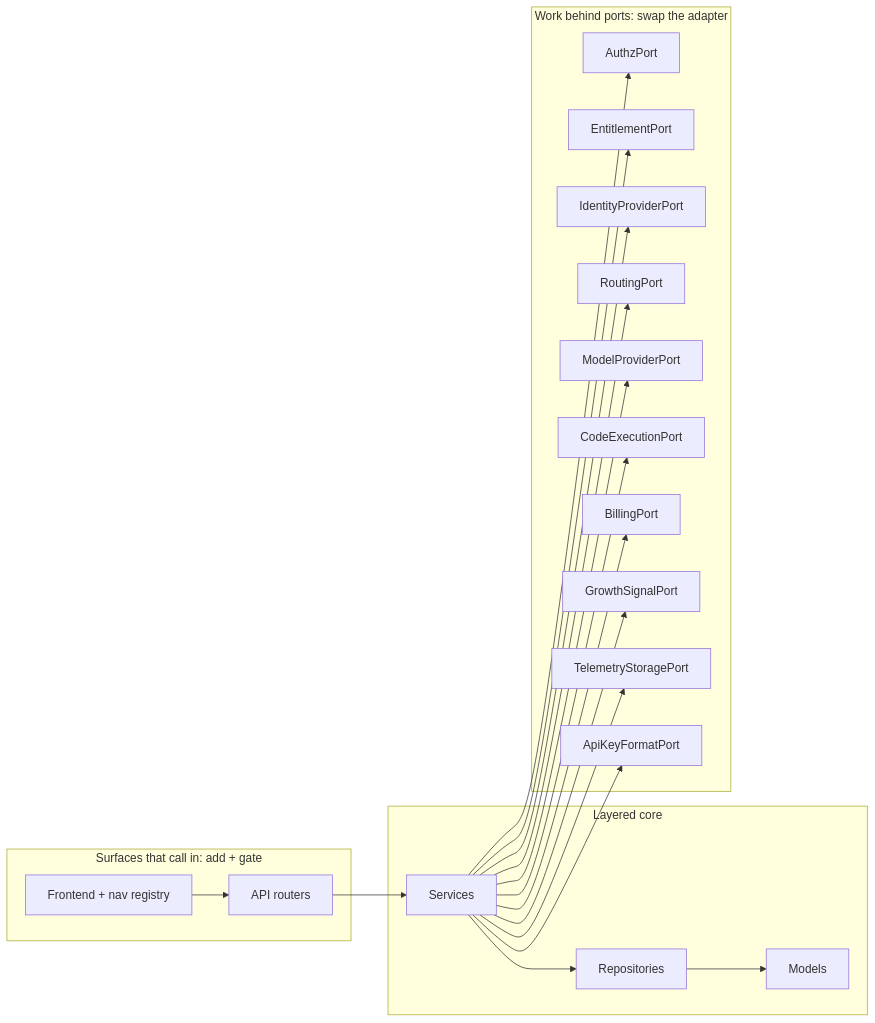
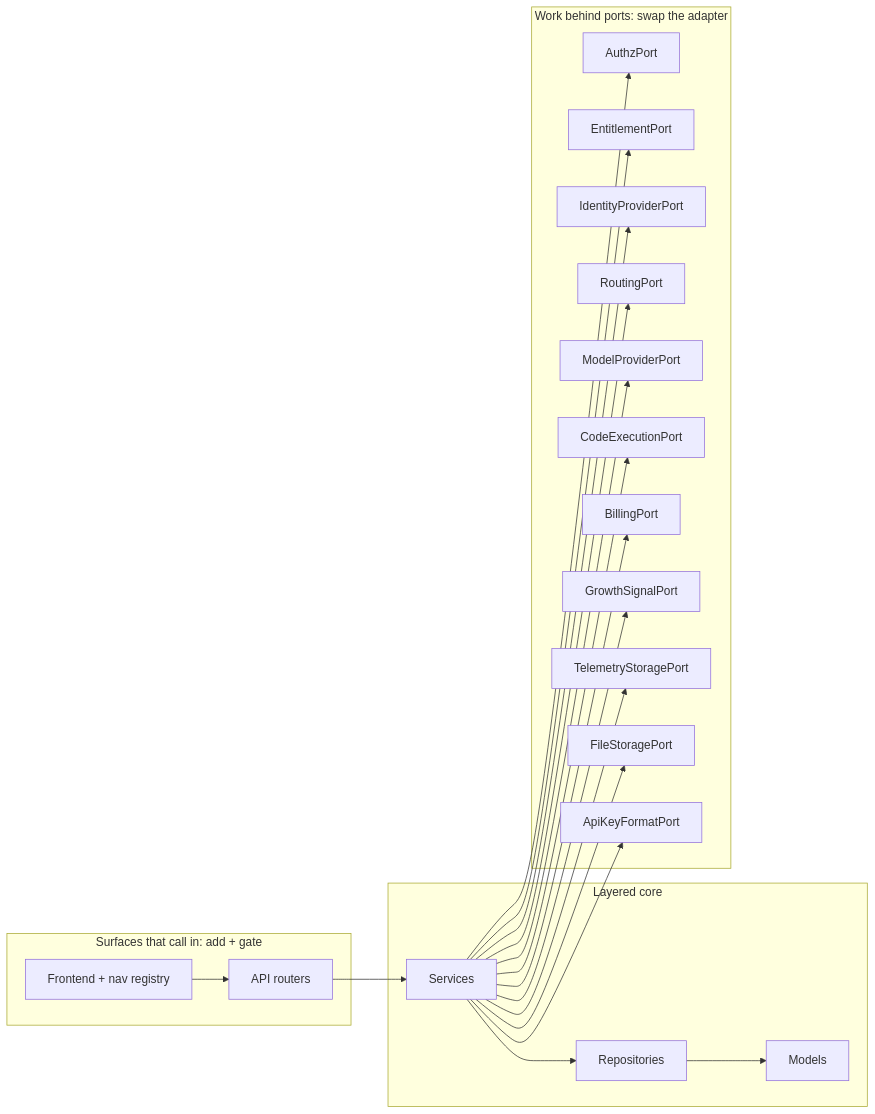
One commit to AloysJehwin/otari changed the second of 2 diagrams in ARCHITECTURE.md. Above: the diagram before and after it, drawn with Mermaid. The commit also changed other lines of this file and 24 other files, not shown here.

First line of the commit message:
refactor(files): put file storage behind a port (#1565)

````diff
--- a/ARCHITECTURE.md
+++ b/ARCHITECTURE.md
@@ -91,35 +92,37 @@
 ```mermaid
 flowchart LR
     subgraph driving["Surfaces that call in: add + gate"]
         UI["Frontend + nav registry"]
         API["API routers"]
     end
     subgraph core["Layered core"]
         SVC[Services]
         REPO[Repositories]
         MOD[Models]
     end
     subgraph driven["Work behind ports: swap the adapter"]
         AP[AuthzPort]
         EP[EntitlementPort]
         IP[IdentityProviderPort]
         RP[RoutingPort]
         MP[ModelProviderPort]
         CP[CodeExecutionPort]
         BP[BillingPort]
         GP[GrowthSignalPort]
         TP[TelemetryStoragePort]
+        FP[FileStoragePort]
         KP[ApiKeyFormatPort]
     end
     UI --> API --> SVC --> REPO --> MOD
     SVC --> AP
     SVC --> EP
     SVC --> IP
     SVC --> RP
     SVC --> MP
     SVC --> CP
     SVC --> BP
     SVC --> GP
     SVC --> TP
+    SVC --> FP
     SVC --> KP
 ```
````
